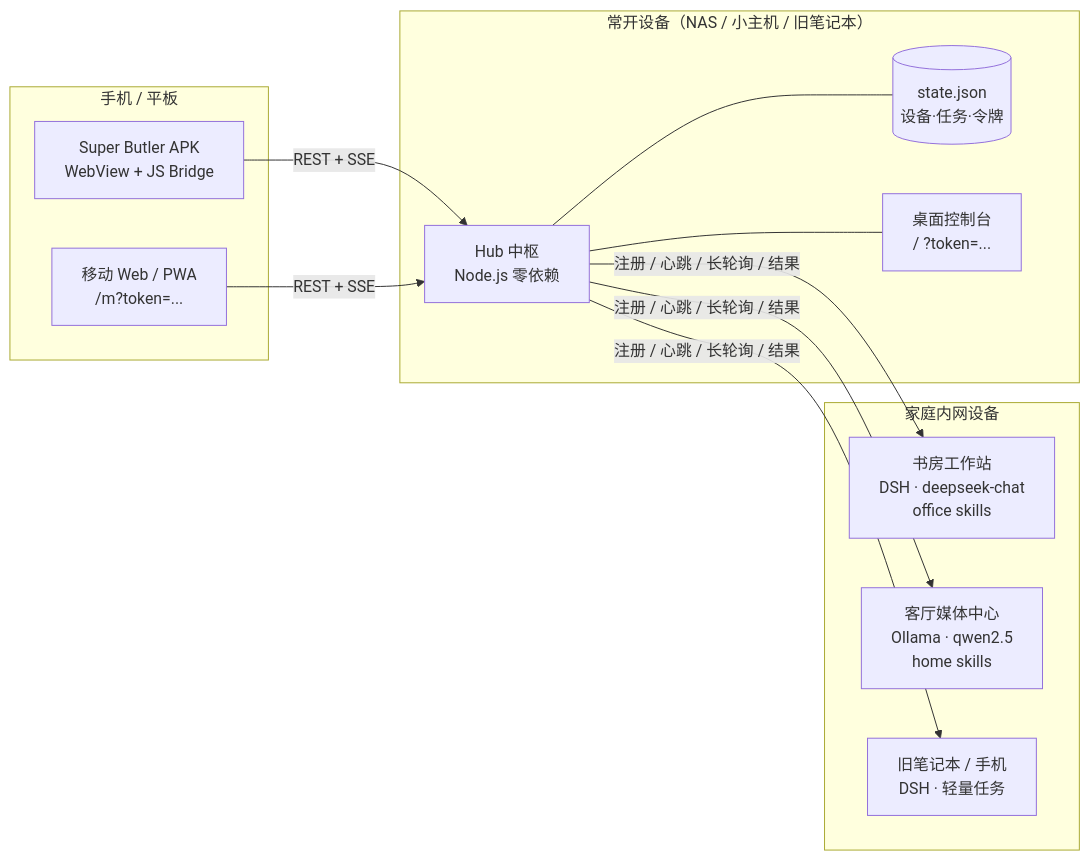
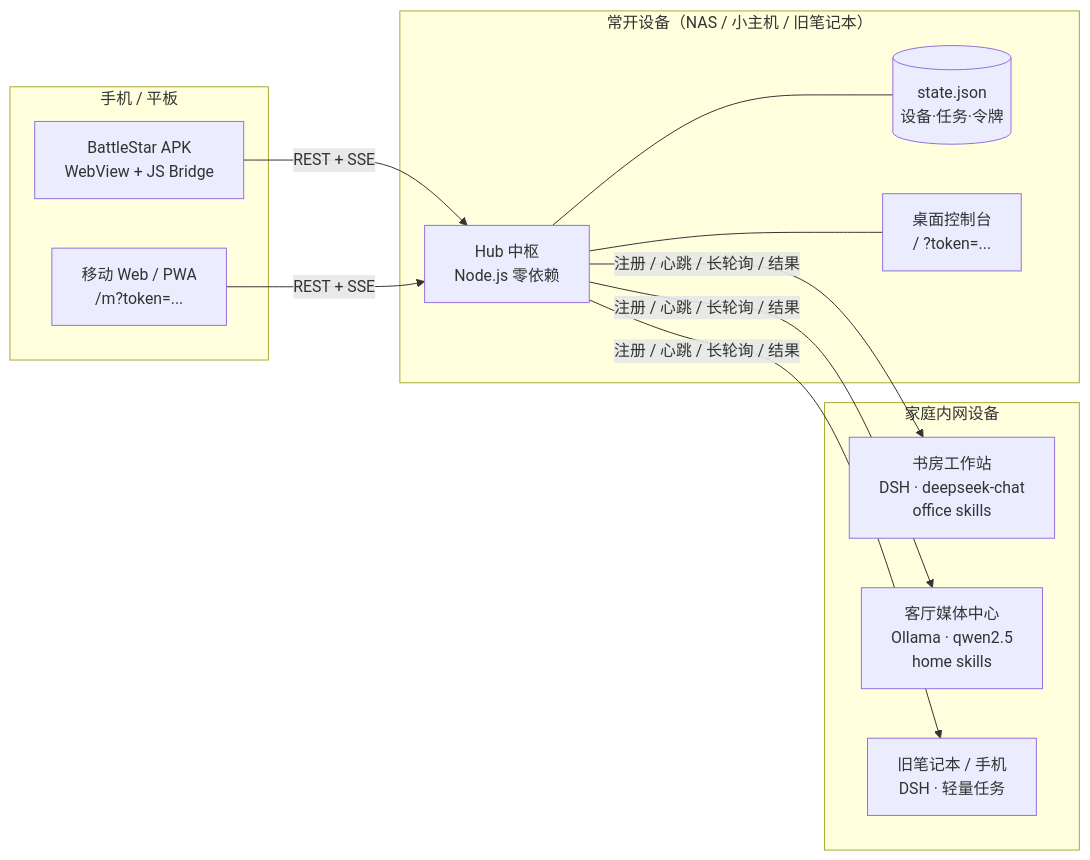
The first of 3 diagrams in docs/ARCHITECTURE.md (andrewngg/dsh-superagent-battlestar), drawn with Mermaid before and after one commit. The commit also changed other lines of this file and 40 other files, not shown here.

Commit message:
feat: rename system branding to BattleStar

````diff
--- a/docs/ARCHITECTURE.md
+++ b/docs/ARCHITECTURE.md
@@ -17,27 +17,27 @@
 ```mermaid
 flowchart LR
   subgraph Phone["手机 / 平板"]
-    APK["Super Butler APK<br/>WebView + JS Bridge"]
+    APK["BattleStar APK<br/>WebView + JS Bridge"]
     WEB["移动 Web / PWA<br/>/m?token=..."]
   end
 
   subgraph HubBox["常开设备（NAS / 小主机 / 旧笔记本）"]
     HUB["Hub 中枢<br/>Node.js 零依赖"]
     STORE[("state.json<br/>设备·任务·令牌")]
     CONSOLE["桌面控制台<br/>/ ?token=..."]
     HUB --- STORE
     HUB --- CONSOLE
   end
 
   subgraph Home["家庭内网设备"]
     D1["书房工作站<br/>DSH · deepseek-chat<br/>office skills"]
     D2["客厅媒体中心<br/>Ollama · qwen2.5<br/>home skills"]
     D3["旧笔记本 / 手机<br/>DSH · 轻量任务"]
   end
 
   APK -- "REST + SSE" --> HUB
   WEB -- "REST + SSE" --> HUB
   HUB -- "注册 / 心跳 / 长轮询 / 结果" --> D1
   HUB -- "注册 / 心跳 / 长轮询 / 结果" --> D2
   HUB -- "注册 / 心跳 / 长轮询 / 结果" --> D3
 ```
````
